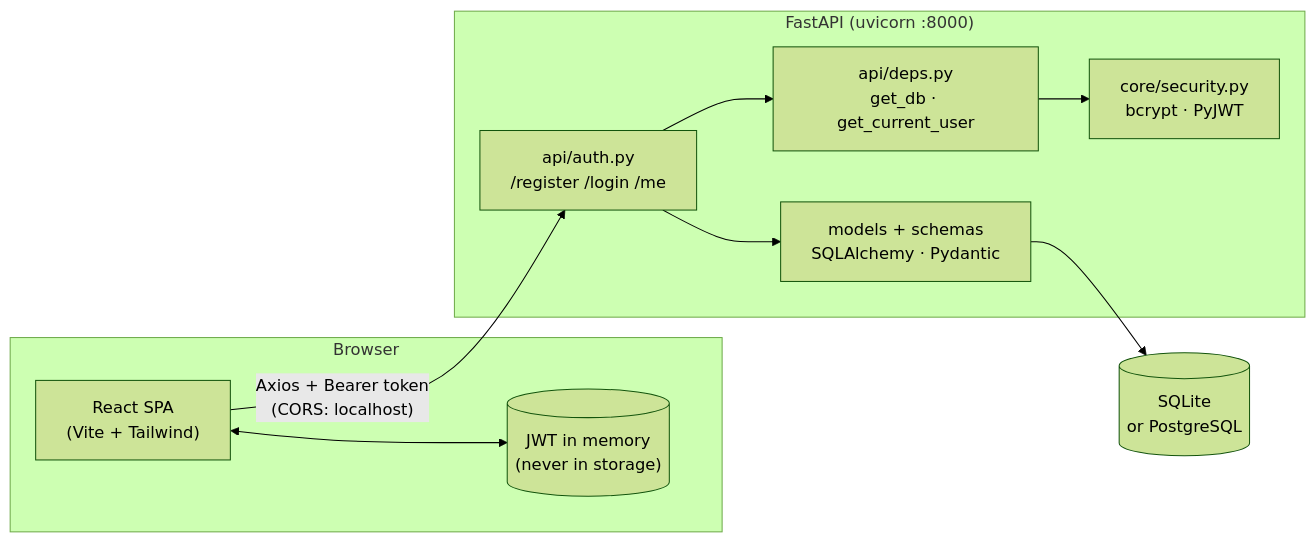
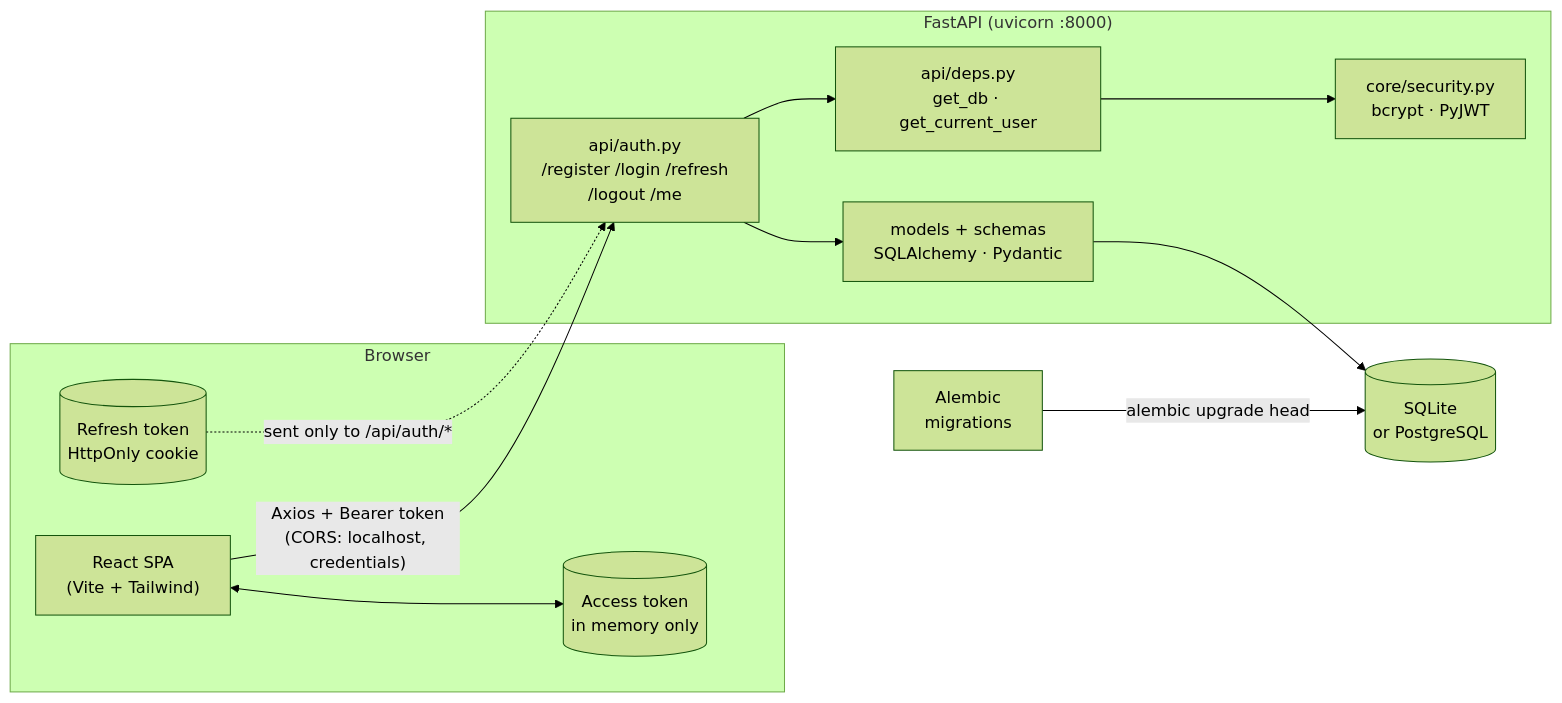
One commit to mrstrange2003/zero-to-launch changed the diagram in README.md. Above: the diagram before and after it, drawn with Mermaid (forest theme). The commit also changed other lines of this file and 21 other files, not shown here.

````diff
--- a/README.md
+++ b/README.md
@@ -83,22 +85,26 @@
 ```mermaid
 flowchart LR
     subgraph Browser
         UI["React SPA<br/>(Vite + Tailwind)"]
-        Mem[("JWT in memory<br/>(never in storage)")]
+        Mem[("Access token<br/>in memory only")]
+        Jar[("Refresh token<br/>HttpOnly cookie")]
         UI <--> Mem
     end
 
     subgraph Backend["FastAPI (uvicorn :8000)"]
-        R["api/auth.py<br/>/register /login /me"]
+        R["api/auth.py<br/>/register /login /refresh<br/>/logout /me"]
         D["api/deps.py<br/>get_db · get_current_user"]
         S["core/security.py<br/>bcrypt · PyJWT"]
         M["models + schemas<br/>SQLAlchemy · Pydantic"]
         R --> D --> S
         R --> M
     end
 
     DB[("SQLite<br/>or PostgreSQL")]
+    A["Alembic<br/>migrations"]
 
-    UI -- "Axios + Bearer token<br/>(CORS: localhost)" --> R
+    UI -- "Axios + Bearer token<br/>(CORS: localhost, credentials)" --> R
+    Jar -. "sent only to /api/auth/*" .-> R
     M --> DB
+    A -- "alembic upgrade head" --> DB
 ```
````
